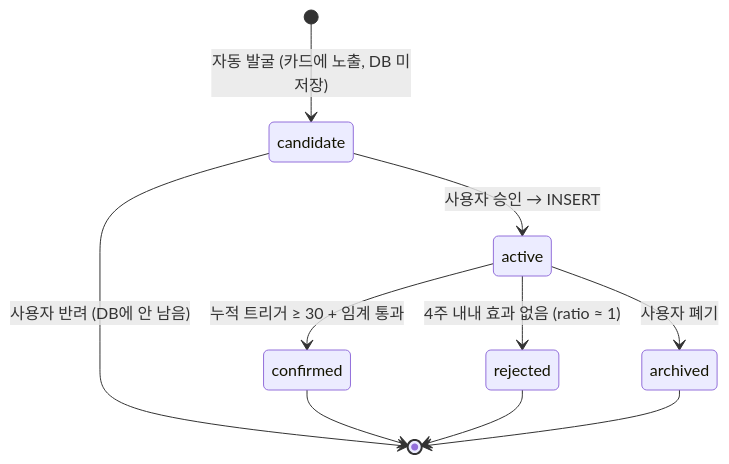
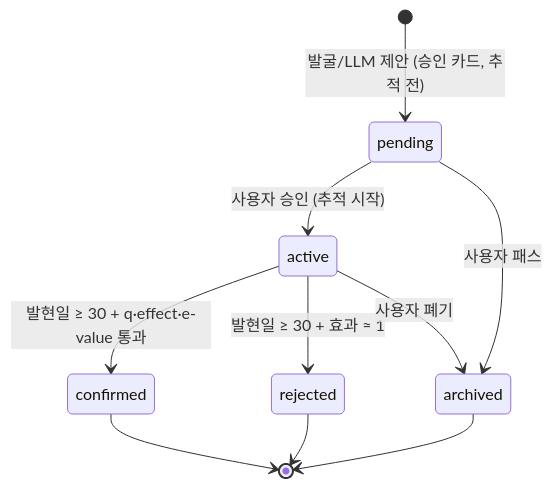
One commit to hyewon3938/slack-ai-agents changed the sixth of 8 diagrams in docs/explainers/insight-v2.md. Above: the diagram before and after it, drawn with Mermaid. The commit also changed other lines of this file, not shown here.

````diff
--- a/docs/explainers/insight-v2.md
+++ b/docs/explainers/insight-v2.md
@@ -348,12 +320,12 @@
 ```mermaid
 stateDiagram-v2
-  [*] --> candidate: 자동 발굴 (카드에 노출, DB 미저장)
-  candidate --> active: 사용자 승인 → INSERT
-  candidate --> [*]: 사용자 반려 (DB에 안 남음)
-  active --> confirmed: 누적 트리거 ≥ 30 + 임계 통과
-  active --> rejected: 4주 내내 효과 없음 (ratio ≈ 1)
+  [*] --> pending: 발굴/LLM 제안 (승인 카드, 추적 전)
+  pending --> active: 사용자 승인 (추적 시작)
+  pending --> archived: 사용자 패스
+  active --> confirmed: 발현일 ≥ 30 + q·effect·e-value 통과
+  active --> rejected: 발현일 ≥ 30 + 효과 ≈ 1
   active --> archived: 사용자 폐기
   confirmed --> [*]
   rejected --> [*]
   archived --> [*]
 ```
````
